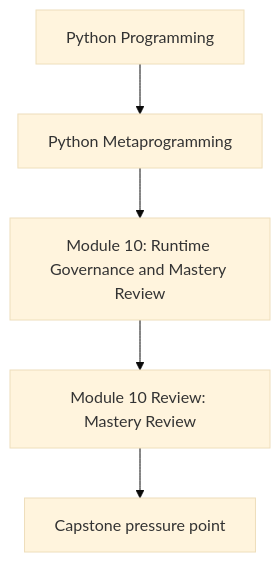
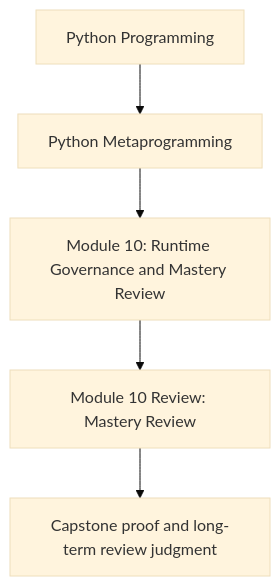
One commit to bijux/bijux-masterclass changed the first of 2 diagrams in programs/python-programming/python-meta-programming/course-book/module-10-runtime-governance-mastery-review/mastery-review.md. Above: the diagram before and after it, drawn with Mermaid (base theme). The commit also changed other lines of this file and 1 other file, not shown here.

Commit message:
docs(module-10): strengthen review and glossary surfaces

````diff
--- a/programs/python-programming/python-meta-programming/course-book/module-10-runtime-governance-mastery-review/mastery-review.md
+++ b/programs/python-programming/python-meta-programming/course-book/module-10-runtime-governance-mastery-review/mastery-review.md
@@ -7,7 +6,7 @@
 ```mermaid
 flowchart TD
   family["Python Programming"] --> program["Python Metaprogramming"]
   program --> module["Module 10: Runtime Governance and Mastery Review"]
   module --> concept["Module 10 Review: Mastery Review"]
-  concept --> capstone["Capstone pressure point"]
+  concept --> proof["Capstone proof and long-term review judgment"]
 ```
````
